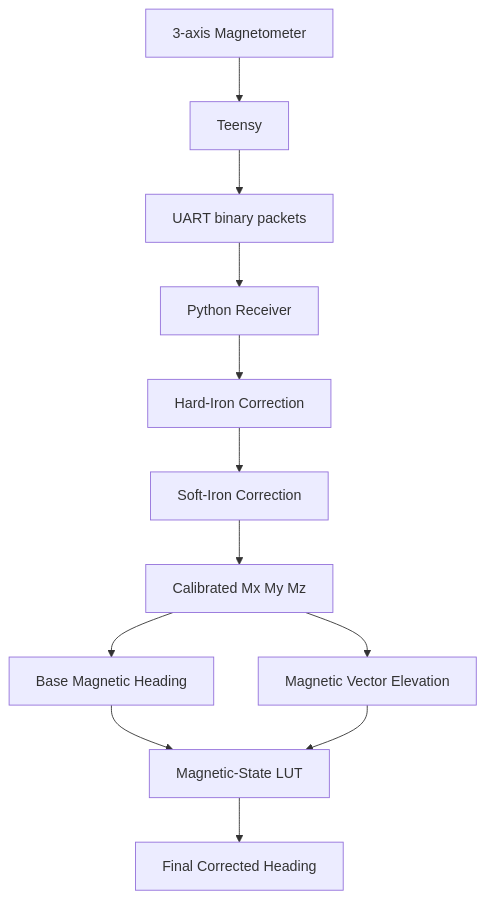
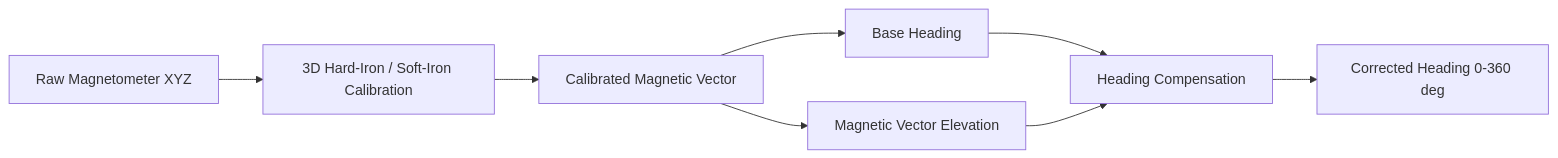
The first of 3 diagrams in README.md (marix-shiv/magnetometer-calibration-and-heading-correction), drawn with Mermaid before and after one commit. The commit also changed other lines of this file and 9 other files, not shown here.

````diff
--- a/README.md
+++ b/README.md
@@ -51,14 +30,10 @@
 ```mermaid
-flowchart TD
-    A[3-axis Magnetometer] --> B[Teensy]
-    B --> C[UART binary packets]
-    C --> D[Python Receiver]
-    D --> E[Hard-Iron Correction]
-    E --> F[Soft-Iron Correction]
-    F --> G[Calibrated Mx My Mz]
-    G --> H[Base Magnetic Heading]
-    G --> I[Magnetic Vector Elevation]
-    H --> J[Magnetic-State LUT]
-    I --> J
-    J --> K[Final Corrected Heading]
+flowchart LR
+    A[Raw Magnetometer XYZ] --> B[3D Hard-Iron / Soft-Iron Calibration]
+    B --> C[Calibrated Magnetic Vector]
+    C --> D[Base Heading]
+    C --> E[Magnetic Vector Elevation]
+    D --> F[Heading Compensation]
+    E --> F
+    F --> G[Corrected Heading 0-360 deg]
 ```
````
